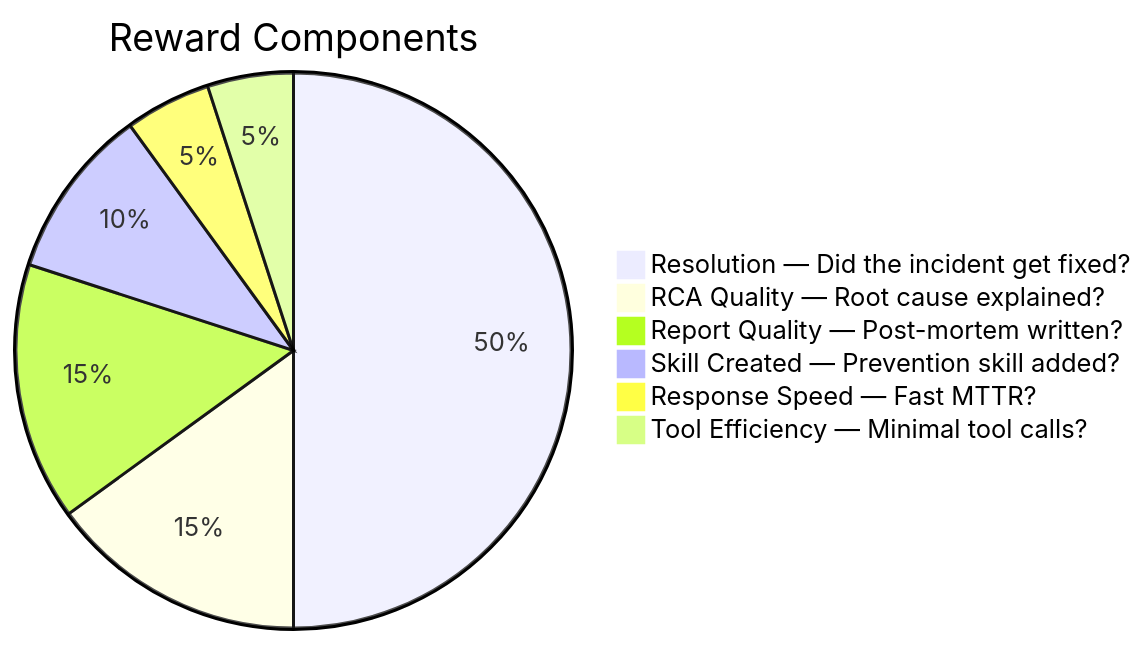
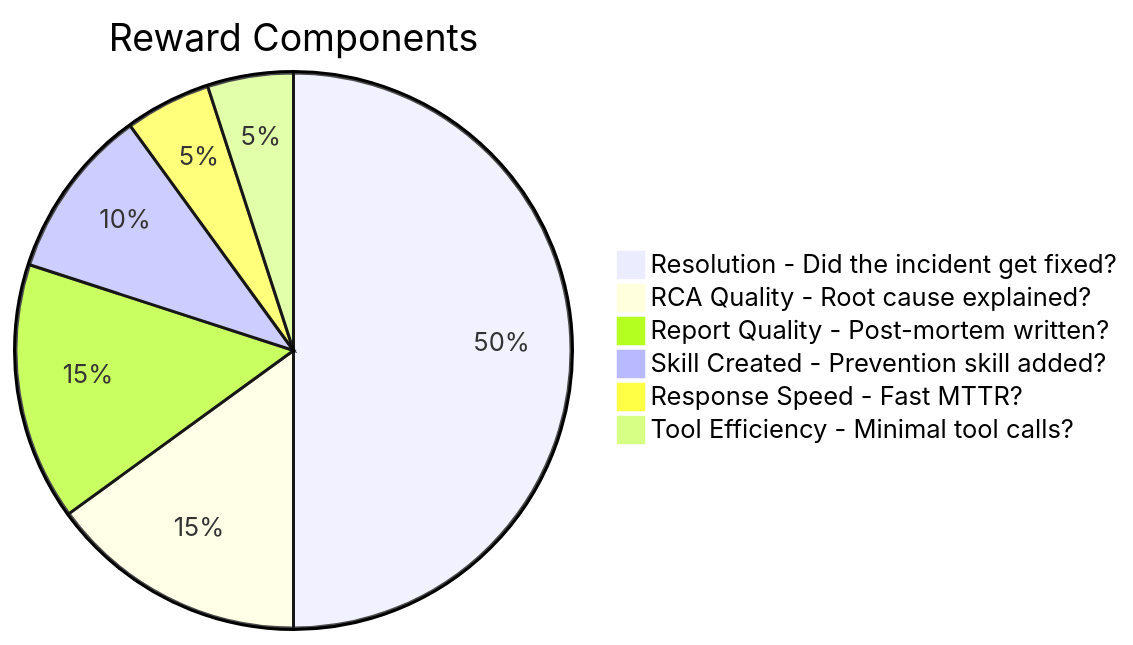
The third of 3 diagrams in README.md (Lethe044/hermes-incident-commander), drawn with Mermaid before and after one commit. The commit also changed other lines of this file and 19 other files, not shown here.

````diff
--- a/README.md
+++ b/README.md
@@ -306,9 +335,9 @@
 ```mermaid
 pie title Reward Components
-    "Resolution — Did the incident get fixed?" : 50
-    "RCA Quality — Root cause explained?" : 15
-    "Report Quality — Post-mortem written?" : 15
-    "Skill Created — Prevention skill added?" : 10
-    "Response Speed — Fast MTTR?" : 5
-    "Tool Efficiency — Minimal tool calls?" : 5
+    "Resolution - Did the incident get fixed?" : 50
+    "RCA Quality - Root cause explained?" : 15
+    "Report Quality - Post-mortem written?" : 15
+    "Skill Created - Prevention skill added?" : 10
+    "Response Speed - Fast MTTR?" : 5
+    "Tool Efficiency - Minimal tool calls?" : 5
 ```
````
